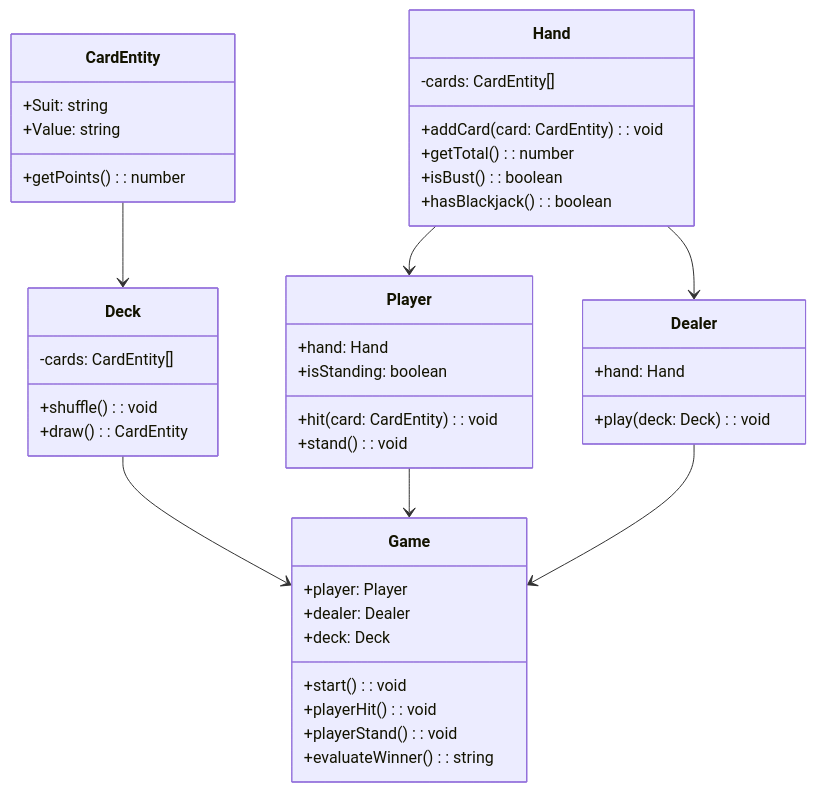
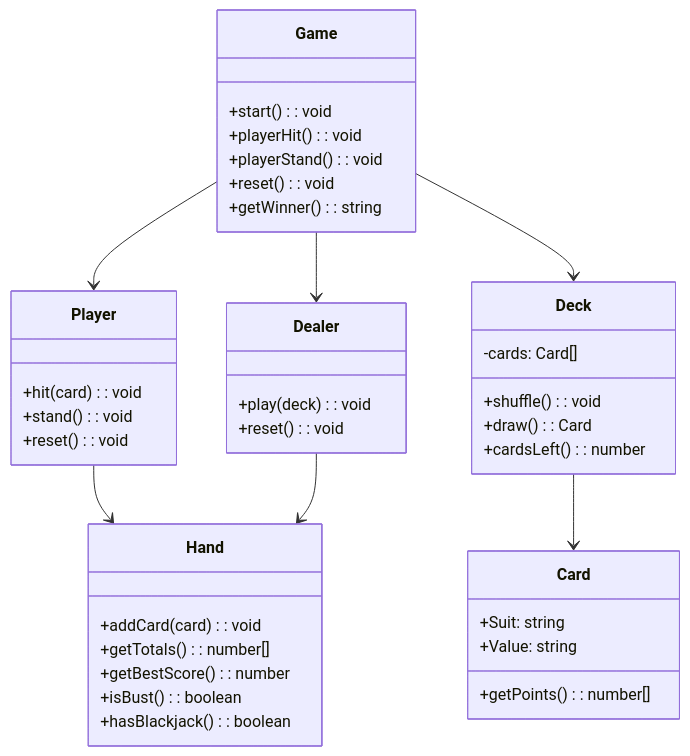
The first of 2 diagrams in docs/blackjack-domain-doc.md (HigorAlves/blackjack), drawn with Mermaid before and after one commit. The commit also changed other lines of this file, not shown here.

````diff
--- a/docs/blackjack-domain-doc.md
+++ b/docs/blackjack-domain-doc.md
@@ -26,51 +25,49 @@
 ```mermaid
 classDiagram
-    class CardEntity {
+    class Card {
         +Suit: string
         +Value: string
-        +getPoints(): number
+        +getPoints(): number[]
     }
 
     class Deck {
-        -cards: CardEntity[]
+        -cards: Card[]
         +shuffle(): void
-        +draw(): CardEntity
+        +draw(): Card
+        +cardsLeft(): number
     }
 
     class Hand {
-        -cards: CardEntity[]
-        +addCard(card: CardEntity): void
-        +getTotal(): number
+        +addCard(card): void
+        +getTotals(): number[]
+        +getBestScore(): number
         +isBust(): boolean
         +hasBlackjack(): boolean
     }
 
     class Player {
-        +hand: Hand
-        +isStanding: boolean
-        +hit(card: CardEntity): void
+        +hit(card): void
         +stand(): void
+        +reset(): void
     }
 
     class Dealer {
-        +hand: Hand
-        +play(deck: Deck): void
+        +play(deck): void
+        +reset(): void
     }
 
     class Game {
-        +player: Player
-        +dealer: Dealer
-        +deck: Deck
         +start(): void
         +playerHit(): void
         +playerStand(): void
-        +evaluateWinner(): string
+        +reset(): void
+        +getWinner(): string
     }
 
-    CardEntity --> Deck
-    Deck --> Game
-    Hand --> Player
-    Hand --> Dealer
-    Player --> Game
-    Dealer --> Game
+    Game --> Player
+    Game --> Dealer
+    Game --> Deck
+    Player --> Hand
+    Dealer --> Hand
+    Deck --> Card
 ```
````
